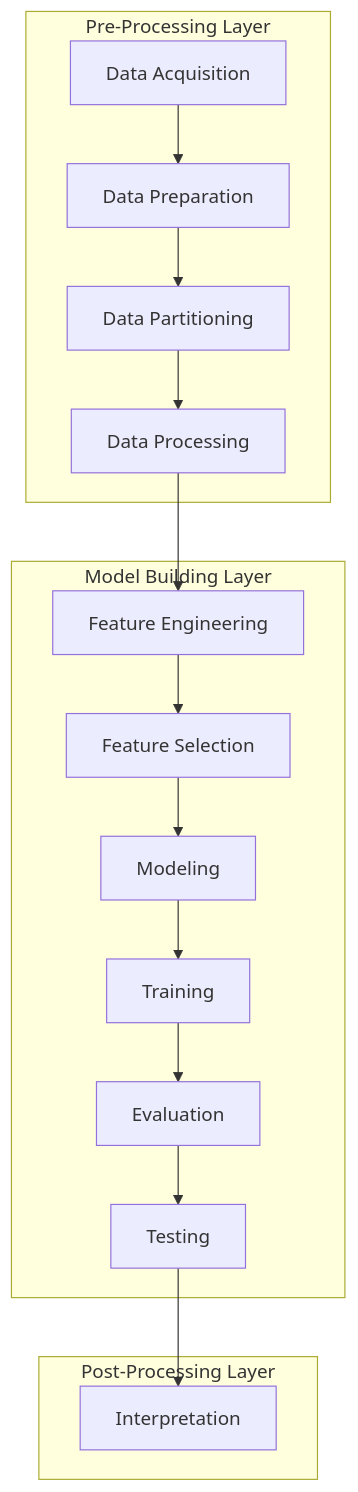
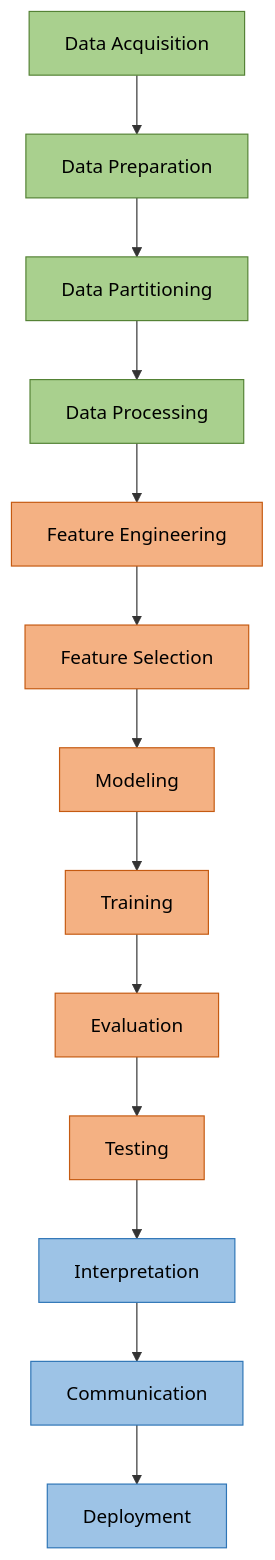
One commit to leon-grompe/DSL changed the diagram in docs/best-practices/pipeline-structure.md. Above: the diagram before and after it, drawn with Mermaid. The commit also changed other lines of this file and 5 other files, not shown here.

````diff
--- a/docs/best-practices/pipeline-structure.md
+++ b/docs/best-practices/pipeline-structure.md
@@ -17,20 +23,14 @@
 ```mermaid
 flowchart TD
-    subgraph pre [Pre-Processing Layer]
-        A[Data Acquisition] --> B[Data Preparation]
-        B --> C[Data Partitioning]
-        C --> D[Data Processing]
-    end
-    subgraph model [Model Building Layer]
-        E[Feature Engineering] --> F[Feature Selection]
-        F --> G[Modeling]
-        G --> H[Training]
-        H --> I[Evaluation]
-        I --> J[Testing]
-    end
-    subgraph post [Post-Processing Layer]
-        K[Interpretation]
-    end
-    D --> E
-    J --> K
+    A[Data Acquisition] --> B[Data Preparation] --> C[Data Partitioning] --> D[Data Processing]
+    D --> E[Feature Engineering] --> F[Feature Selection] --> G[Modeling] --> H[Training] --> I[Evaluation] --> J[Testing]
+    J --> K[Interpretation] --> L[Communication] --> M[Deployment]
+
+    classDef pre fill:#a9d08e,stroke:#548235,color:#000
+    classDef model fill:#f4b183,stroke:#c55a11,color:#000
+    classDef post fill:#9dc3e6,stroke:#2e75b6,color:#000
+
+    class A,B,C,D pre
+    class E,F,G,H,I,J model
+    class K,L,M post
 ```
````
